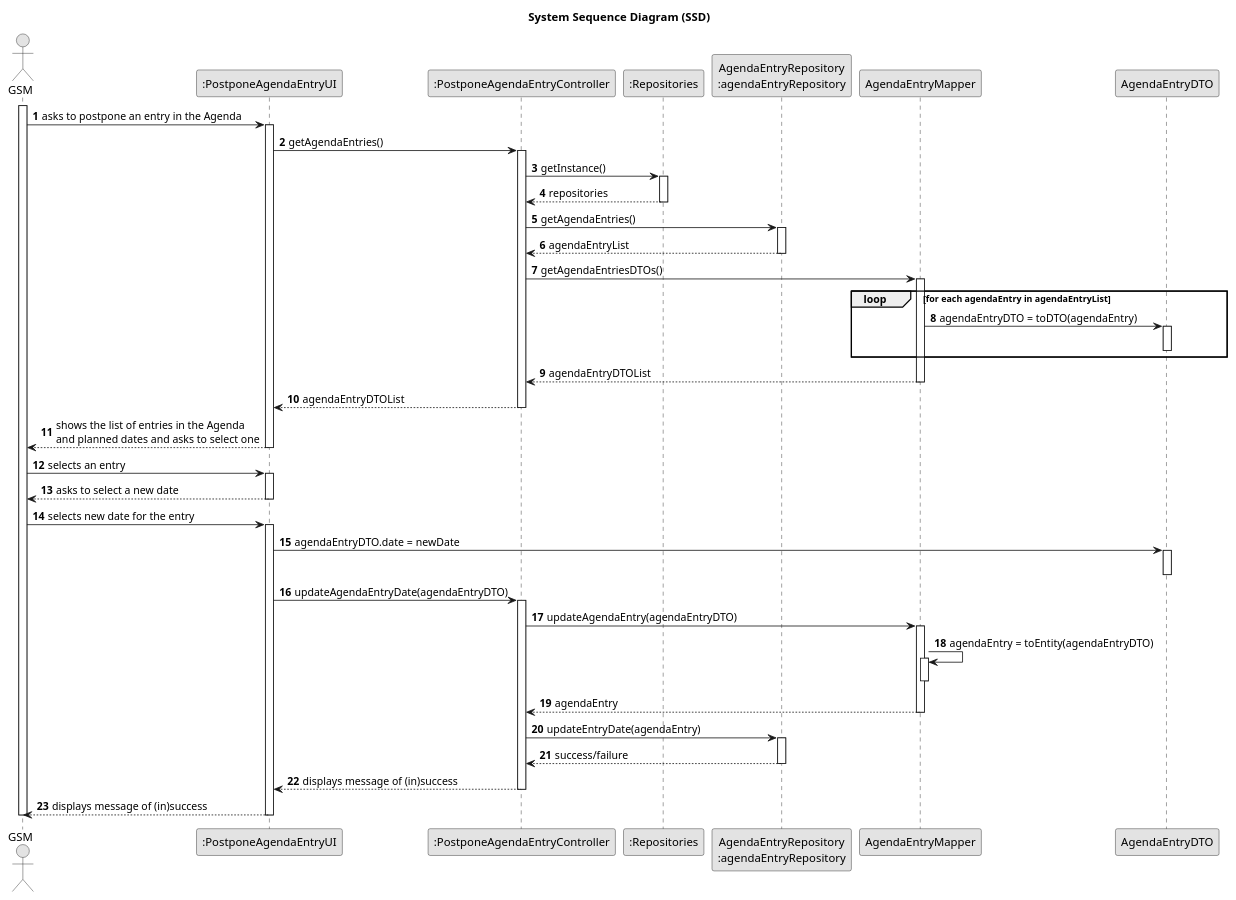
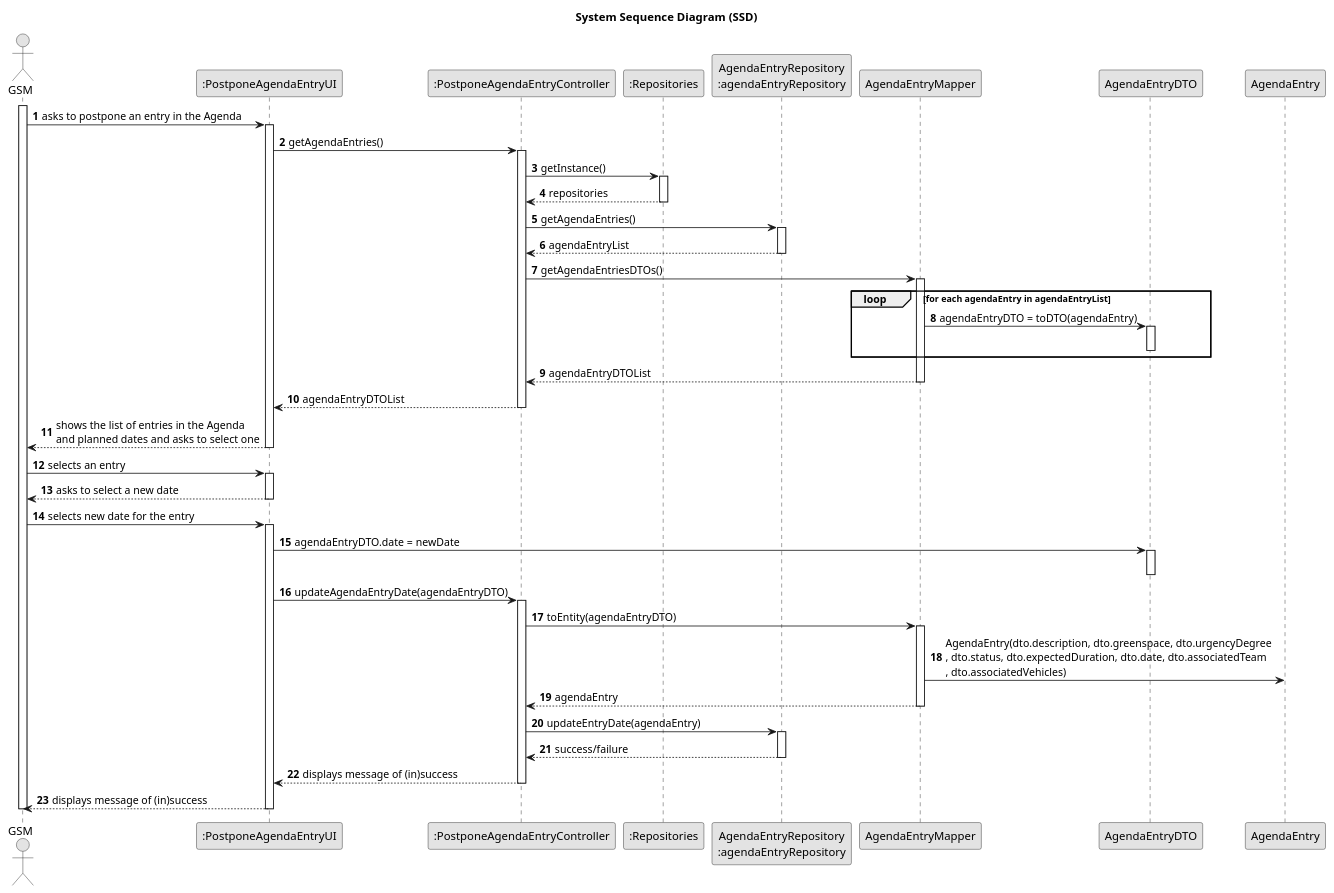
The diagram in docs/sprintC/us024/03.design/puml/us024-sequence-diagram-full.puml (Departamento-de-Engenharia-Informatica/lei-24-s2-1do-g164), drawn with PlantUML before and after one commit. The commit also changed 6 other files, not shown here.

```diff
--- a/docs/sprintC/us024/03.design/puml/us024-sequence-diagram-full.puml
+++ b/docs/sprintC/us024/03.design/puml/us024-sequence-diagram-full.puml
@@ -1,95 +1,94 @@
 @startuml
 skinparam monochrome true
 skinparam packageStyle rectangle
 skinparam shadowing false
 
 title System Sequence Diagram (SSD)
 
 autonumber
 
 actor "GSM" as Employee
 participant ":PostponeAgendaEntryUI" as UI
 participant ":PostponeAgendaEntryController" as CTRL
 participant ":Repositories" as RepositorySingleton
 participant "AgendaEntryRepository\n:agendaEntryRepository" as AgendaRepo
 participant "AgendaEntryMapper"
 participant "AgendaEntryDTO"
 activate Employee
 
     Employee -> UI : asks to postpone an entry in the Agenda
     activate UI
 
         UI -> CTRL : getAgendaEntries()
         activate CTRL
 
             CTRL -> RepositorySingleton : getInstance()
             activate RepositorySingleton
 
                 RepositorySingleton --> CTRL: repositories
             deactivate RepositorySingleton
 
             CTRL -> AgendaRepo : getAgendaEntries()
             activate AgendaRepo
 
                 AgendaRepo --> CTRL : agendaEntryList
             deactivate AgendaRepo
 
             CTRL -> "AgendaEntryMapper" : getAgendaEntriesDTOs()
             activate "AgendaEntryMapper"
 
             loop for each agendaEntry in agendaEntryList
                 "AgendaEntryMapper" -> "AgendaEntryDTO" : agendaEntryDTO = toDTO(agendaEntry)
                 activate "AgendaEntryDTO"
 
                 deactivate "AgendaEntryDTO"
             end
 
             "AgendaEntryMapper" --> CTRL : agendaEntryDTOList
             deactivate "AgendaEntryMapper"
 
             CTRL --> UI : agendaEntryDTOList
         deactivate CTRL
 
         UI --> Employee : shows the list of entries in the Agenda\nand planned dates and asks to select one
     deactivate UI
 
     Employee -> UI : selects an entry
     activate UI
 
         UI --> Employee : asks to select a new date
     deactivate UI
 
     Employee -> UI : selects new date for the entry
     activate UI
 
         UI -> "AgendaEntryDTO" : agendaEntryDTO.date = newDate
         activate "AgendaEntryDTO"
         deactivate "AgendaEntryDTO"
 
         UI -> CTRL : updateAgendaEntryDate(agendaEntryDTO)
         activate CTRL
 
-            CTRL -> "AgendaEntryMapper" : updateAgendaEntry(agendaEntryDTO)
+            CTRL -> "AgendaEntryMapper" : toEntity(agendaEntryDTO)
             activate "AgendaEntryMapper"
 
-                "AgendaEntryMapper" -> "AgendaEntryMapper" : agendaEntry = toEntity(agendaEntryDTO)
-                activate "AgendaEntryMapper"
-                deactivate
+                AgendaEntryMapper -> AgendaEntry : AgendaEntry(dto.description, dto.greenspace, dto.urgencyDegree\n, dto.status, dto.expectedDuration, dto.date, dto.associatedTeam\n, dto.associatedVehicles)
+
             "AgendaEntryMapper" --> CTRL : agendaEntry
             deactivate "AgendaEntryMapper"
 
             CTRL -> AgendaRepo : updateEntryDate(agendaEntry)
             activate AgendaRepo
 
                 AgendaRepo --> CTRL : success/failure
             deactivate AgendaRepo
 
             CTRL --> UI : displays message of (in)success
         deactivate CTRL
 
         UI --> Employee : displays message of (in)success
     deactivate UI
 
 deactivate Employee
 
 @enduml
```
